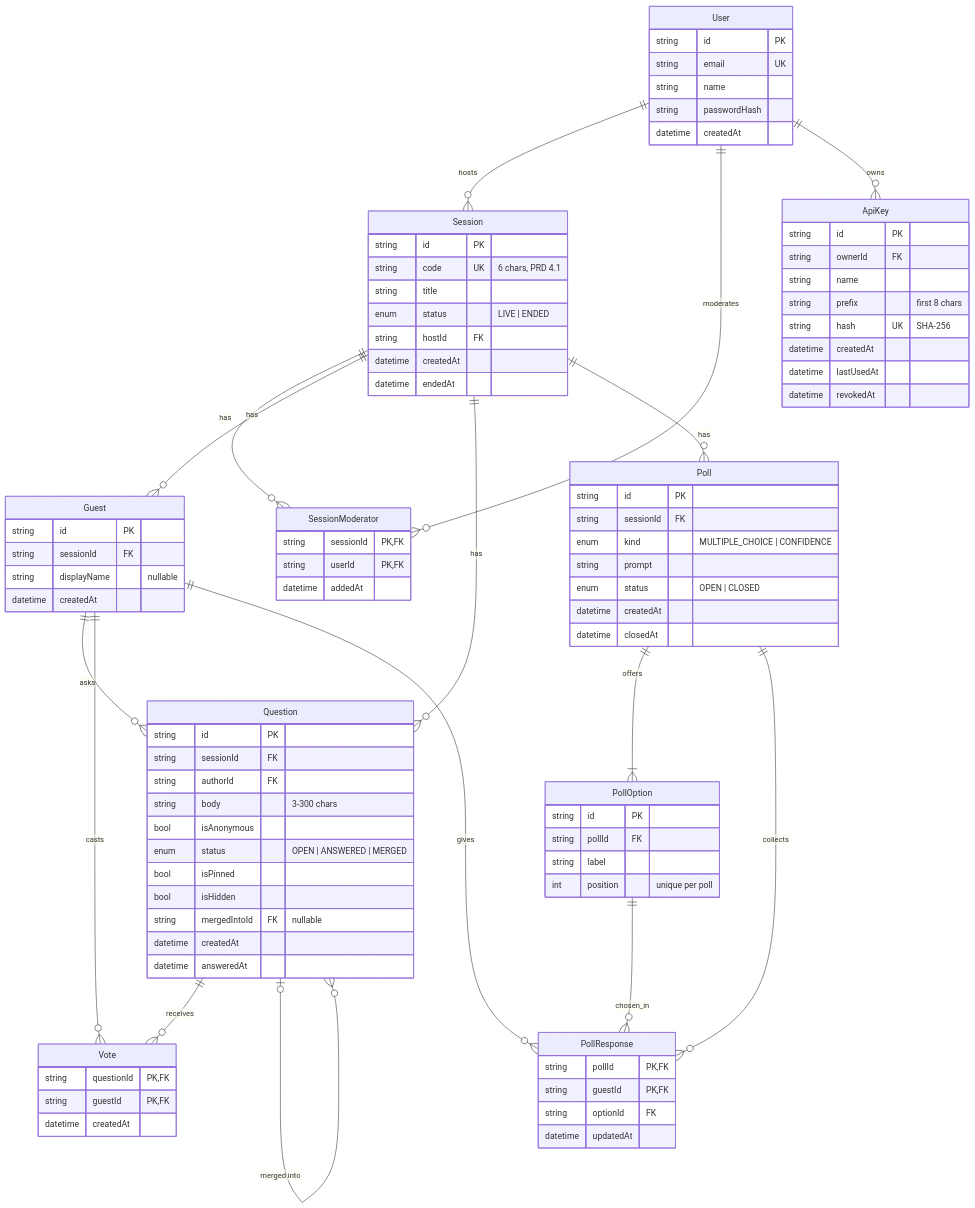
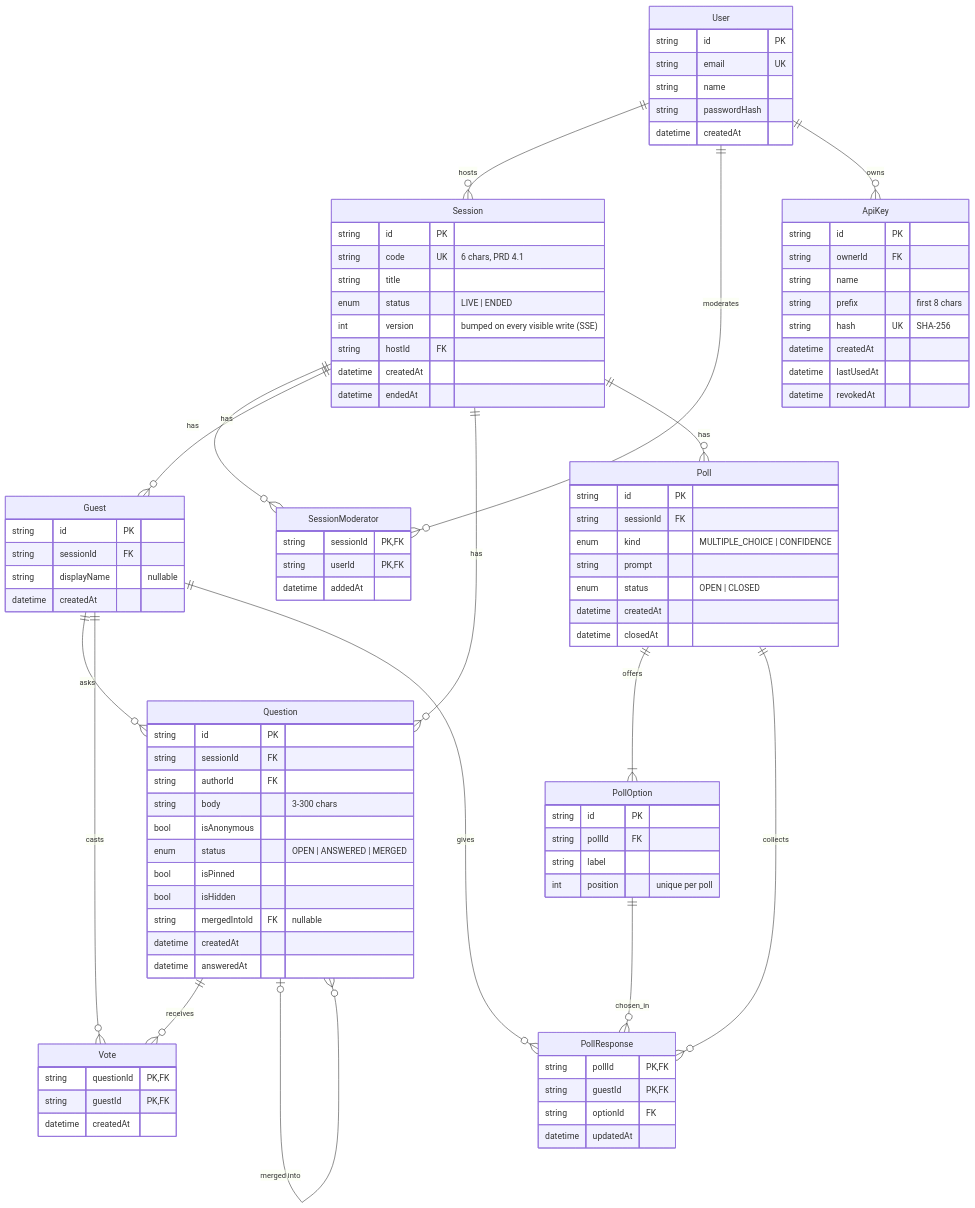
One commit to geekRoy0126/handup changed the diagram in docs/database.md. Above: the diagram before and after it, drawn with Mermaid. The commit also changed other lines of this file and 10 other files, not shown here.

```diff
--- a/docs/database.md
+++ b/docs/database.md
@@ -32,6 +32,7 @@
     string code UK "6 chars, PRD 4.1"
     string title
     enum status "LIVE | ENDED"
+    int version "bumped on every visible write (SSE)"
     string hostId FK
     datetime createdAt
     datetime endedAt
```
